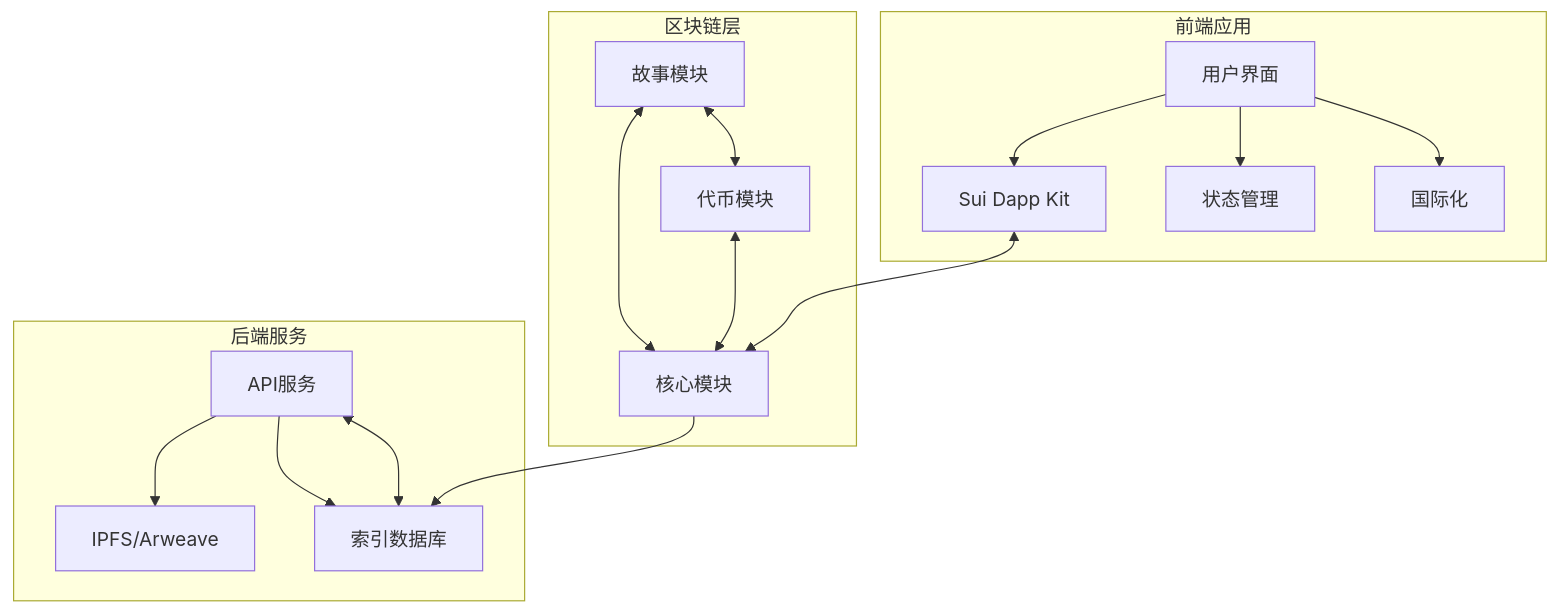
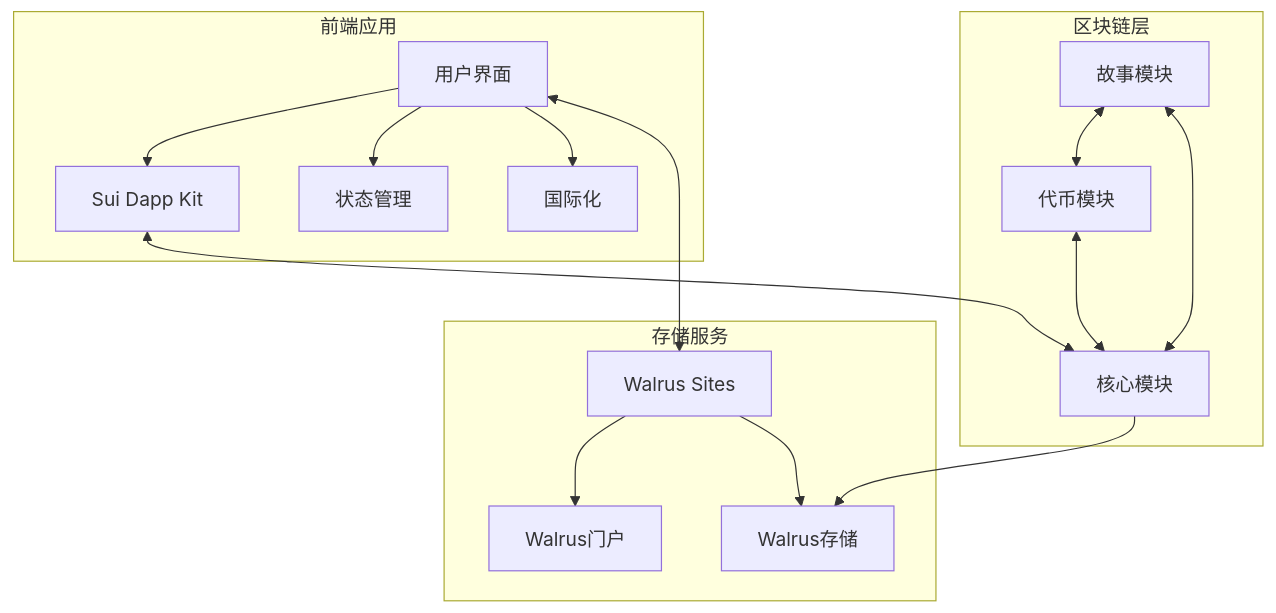
One commit to DudeGuuud/NarrFlow-Web3 changed the second of 13 diagrams in demonstrate.md. Above: the diagram before and after it, drawn with Mermaid. The commit also changed other lines of this file and 3 other files, not shown here.

````diff
--- a/demonstrate.md
+++ b/demonstrate.md
@@ -46,22 +46,22 @@
 ```mermaid
 flowchart TB
     subgraph "前端应用"
         UI[用户界面] --> DappKit[Sui Dapp Kit]
         UI --> State[状态管理]
         UI --> I18n[国际化]
     end
     
-    subgraph "后端服务"
-        API[API服务] --> IPFS[IPFS/Arweave]
-        API --> IndexDB[索引数据库]
+    subgraph "存储服务"
+        Walrus[Walrus Sites] --> WalrusPortal[Walrus门户]
+        Walrus --> WalrusStorage[Walrus存储]
     end
     
     subgraph "区块链层"
         SM[故事模块] <--> TM[代币模块]
         SM & TM <--> CM[核心模块]
     end
     
     DappKit <--> CM
-    API <--> IndexDB
-    CM --> IndexDB
+    UI <--> Walrus
+    CM --> WalrusStorage
 ```
````
